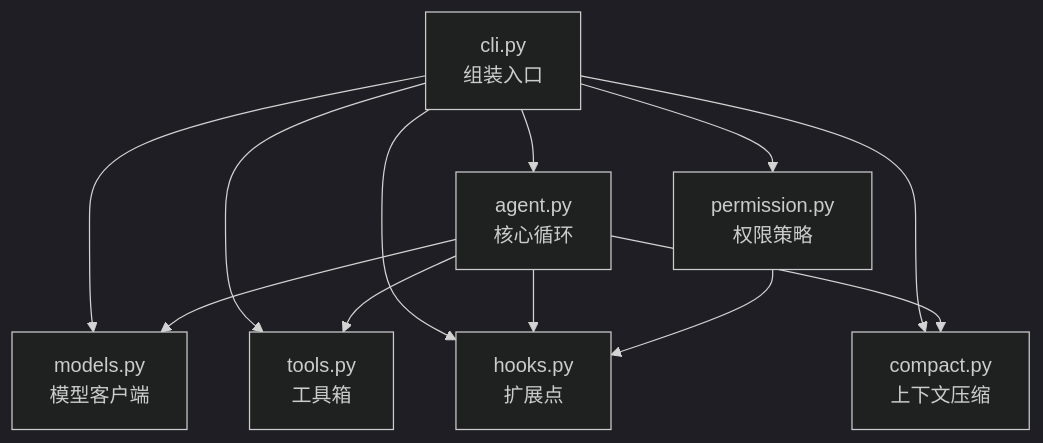
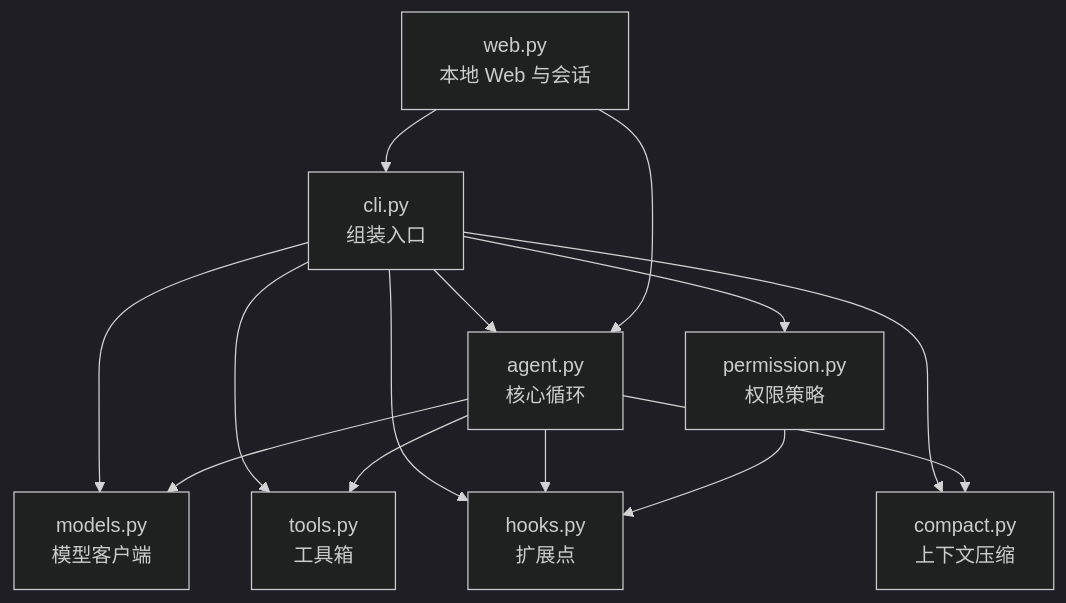
One commit to still0123/agentloop changed the second of 17 diagrams in docs/study-guide.md. Above: the diagram before and after it, drawn with Mermaid (dark theme). The commit also changed other lines of this file and 5 other files, not shown here.

````diff
--- a/docs/study-guide.md
+++ b/docs/study-guide.md
@@ -161,15 +163,17 @@
 ```mermaid
 flowchart TD
     CLI["cli.py<br/>组装入口"] --> Agent["agent.py<br/>核心循环"]
     CLI --> Models["models.py<br/>模型客户端"]
     CLI --> Tools["tools.py<br/>工具箱"]
     CLI --> Hooks["hooks.py<br/>扩展点"]
     CLI --> Gate["permission.py<br/>权限策略"]
     CLI --> Compact["compact.py<br/>上下文压缩"]
+    Web["web.py<br/>本地 Web 与会话"] --> CLI
+    Web --> Agent
 
     Agent --> Models
     Agent --> Tools
     Agent --> Hooks
     Agent --> Compact
     Gate --> Hooks
 ```
````
